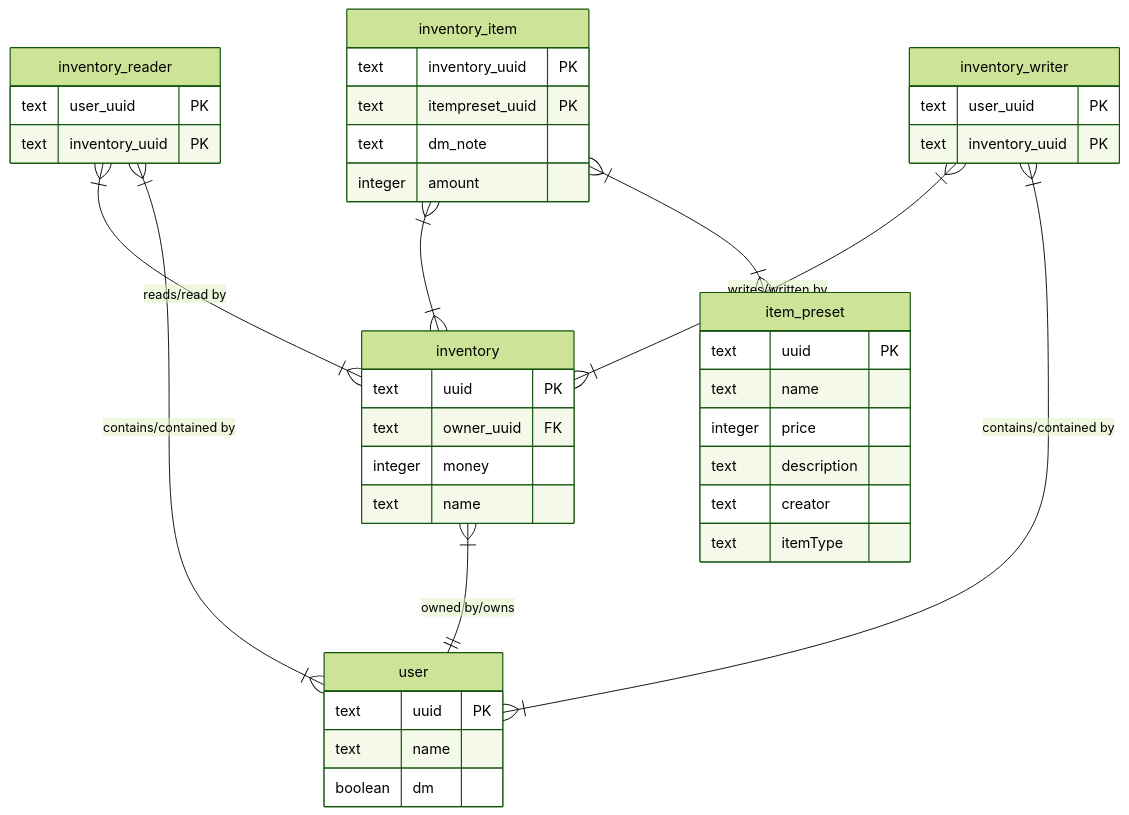
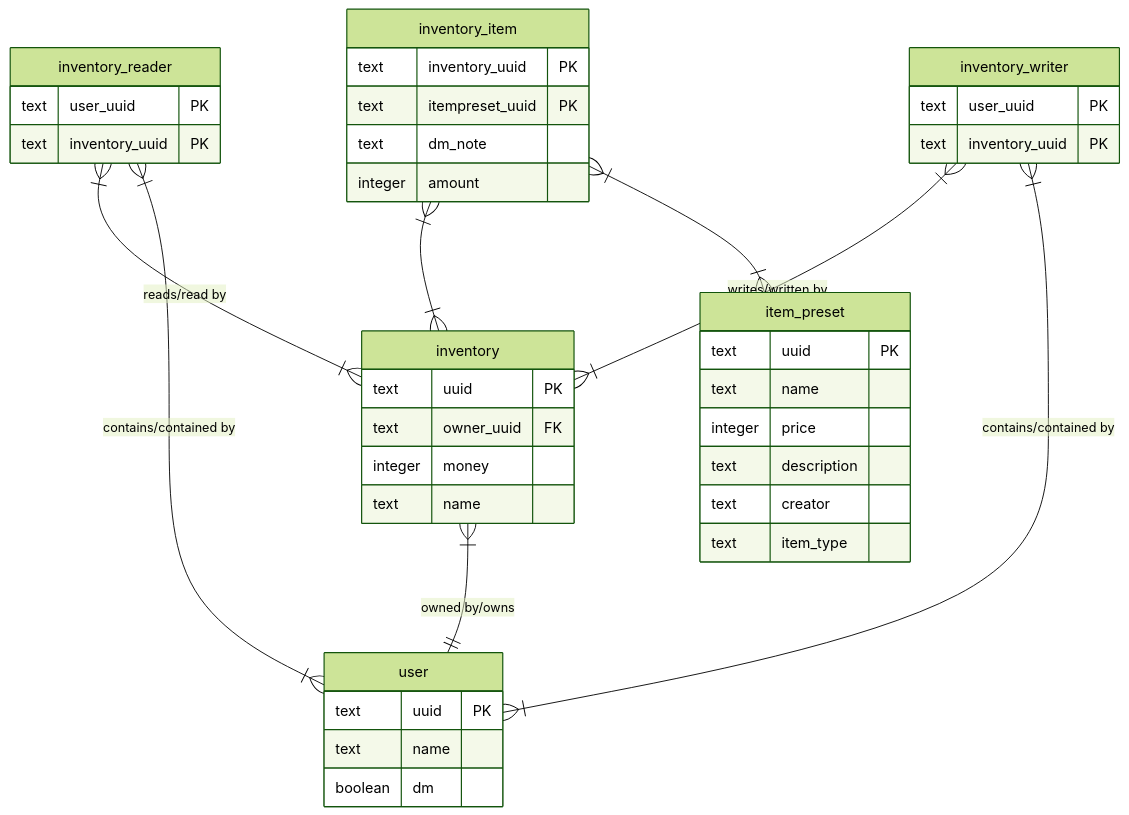
The second of 2 diagrams in README.md (NamelessGroup/InventarWerk), drawn with Mermaid (forest theme) before and after one commit. The commit also changed other lines of this file and 6 other files, not shown here.

````diff
--- a/README.md
+++ b/README.md
@@ -119,51 +234,51 @@
 ```mermaid
 
 erDiagram
     inventory 1+--1 user: "owned by/owns"
     
     inventory {
         text uuid PK
         text owner_uuid FK
         integer money
         text name
     }
 
     inventory_reader 1+--1+ inventory: "reads/read by"
     inventory_reader 1+--1+ user: "contains/contained by"
 
     inventory_reader {
         text user_uuid PK
         text inventory_uuid PK
     }
     
     inventory_writer 1+--1+ inventory: "writes/written by"
     inventory_writer 1+--1+ user: "contains/contained by"
 
     inventory_writer {
         text user_uuid PK
         text inventory_uuid PK
     }
 
 
     item_preset {
         text uuid PK
         text name
         integer price
         text description
         text creator
-        text itemType
+        text item_type
     }
     user {
         text uuid PK
         text name
         boolean dm
     }
     inventory_item 1+--1+ inventory: ""
     inventory_item 1+--1+ item_preset: ""
     inventory_item {
         text inventory_uuid PK
         text itempreset_uuid PK
         text dm_note
         integer amount
     }
 ```
````
